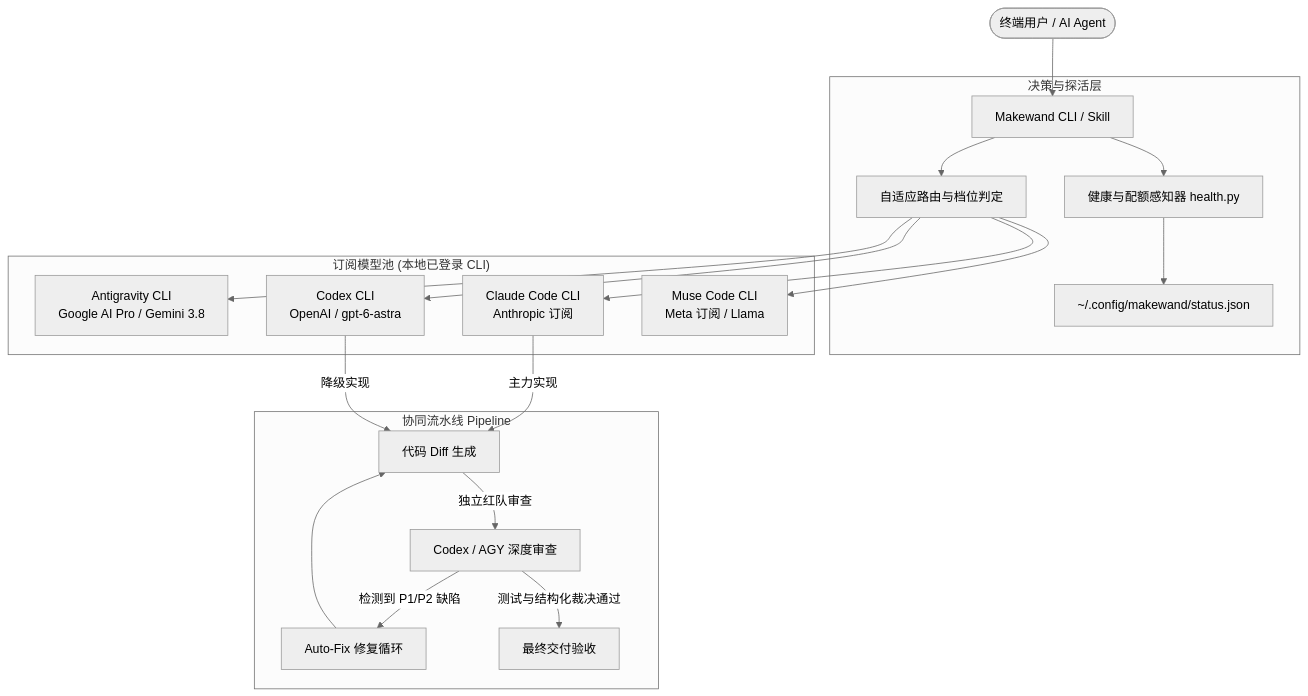
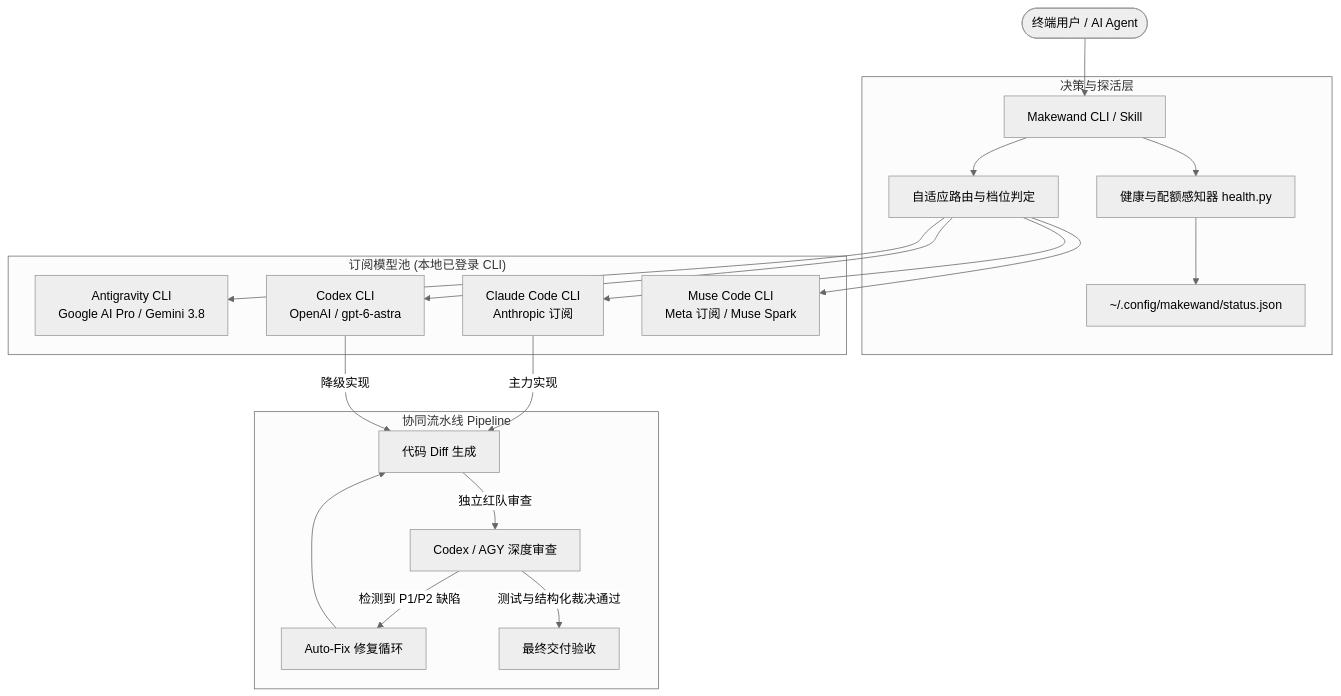
One commit to makewand/makewand changed the diagram in README.md. Above: the diagram before and after it, drawn with Mermaid (neutral theme). The commit also changed 7 other files, not shown here.

````diff
--- a/README.md
+++ b/README.md
@@ -37,26 +37,26 @@
 ```mermaid
 flowchart TD
     User(["终端用户 / AI Agent"]) --> MakewandCLI["Makewand CLI / Skill"]
     
     subgraph Decision ["决策与探活层"]
         MakewandCLI --> Health["健康与配额感知器 health.py"]
         Health --> Cache["~/.config/makewand/status.json"]
         MakewandCLI --> Router["自适应路由与档位判定"]
     end
 
     subgraph Pool ["订阅模型池 (本地已登录 CLI)"]
         Router --> AGY["Antigravity CLI<br>Google AI Pro / Gemini 3.8"]
         Router --> Claude["Claude Code CLI<br>Anthropic 订阅"]
         Router --> Codex["Codex CLI<br>OpenAI / gpt-6-astra"]
-        Router --> Muse["Muse Code CLI<br>Meta 订阅 / Llama"]
+        Router --> Muse["Muse Code CLI<br>Meta 订阅 / Muse Spark"]
     end
 
     subgraph Pipeline ["协同流水线 Pipeline"]
         Claude -->|主力实现| Diff["代码 Diff 生成"]
         Codex -->|降级实现| Diff
         Diff -->|独立红队审查| CodexReview["Codex / AGY 深度审查"]
         CodexReview -->|检测到 P1/P2 缺陷| AutoFix["Auto-Fix 修复循环"]
         AutoFix --> Diff
         CodexReview -->|测试与结构化裁决通过| Done["最终交付验收"]
     end
 ```
````
